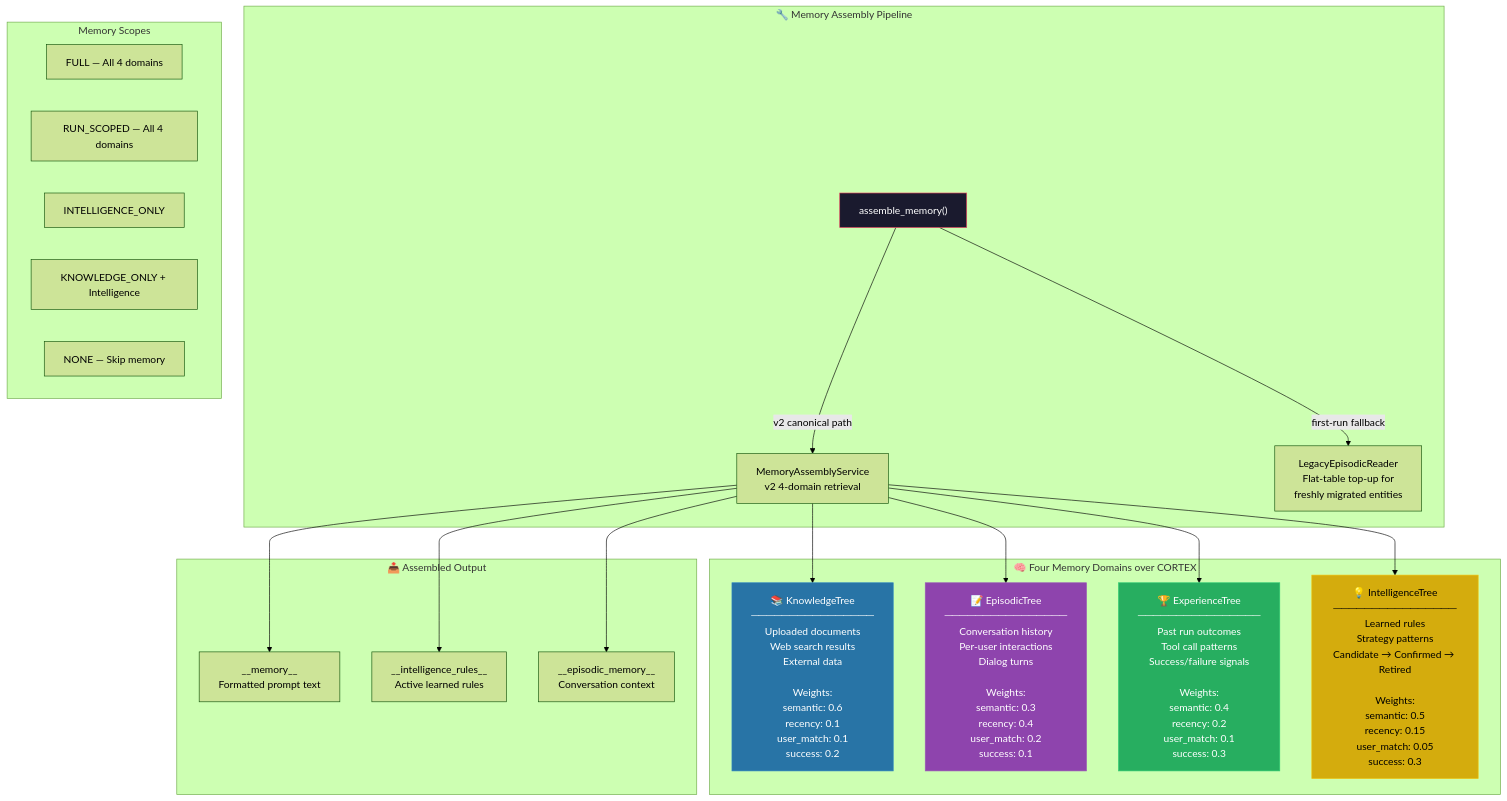
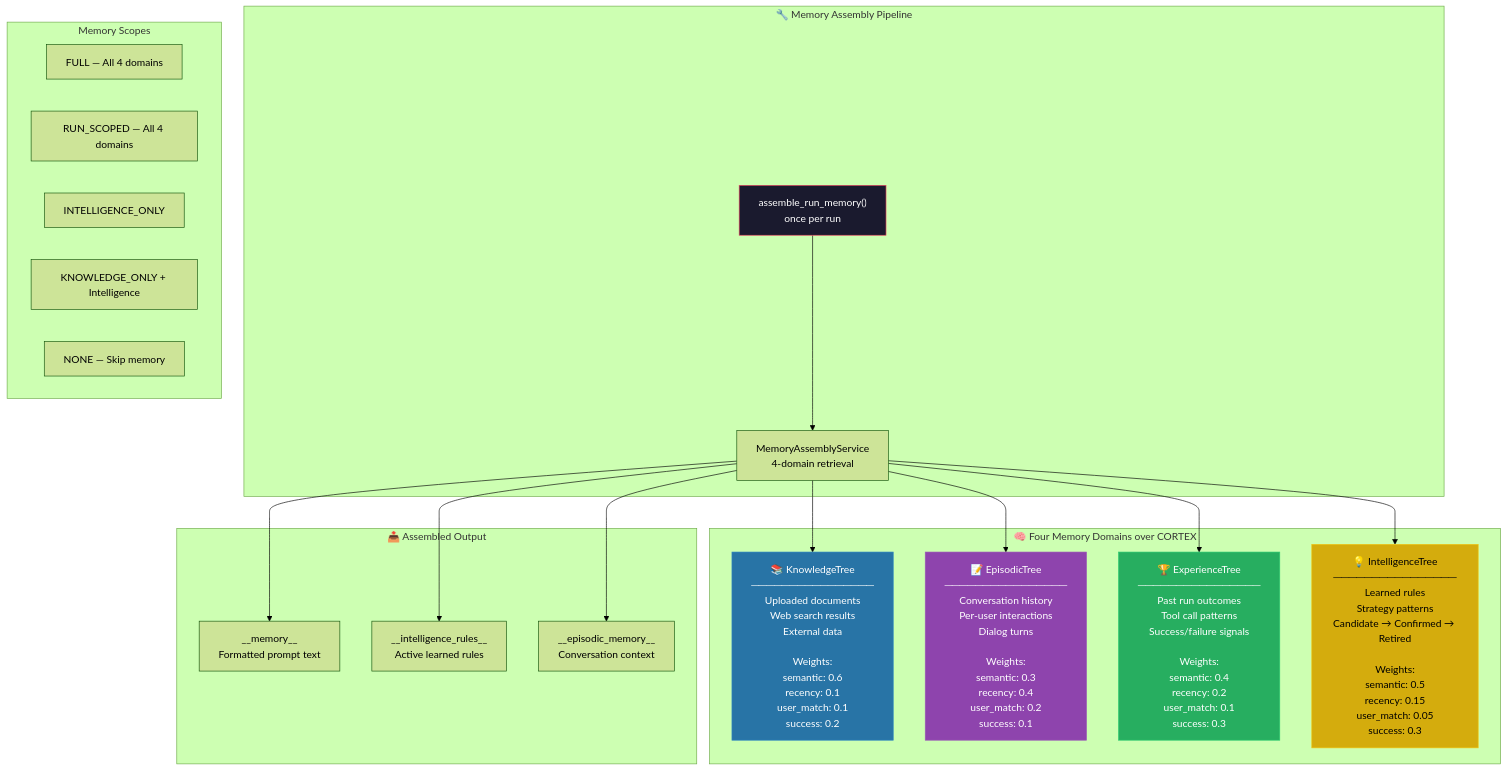
One commit to gondolerahul/hire-buddha-app changed the eighth of 21 diagrams in docs/current/architecture-diagrams.md. Above: the diagram before and after it, drawn with Mermaid (forest theme). The commit also changed 5 other files, not shown here.

First line of the commit message:
docs(memory): document the wired read path and the removal of v1 memory

````diff
--- a/docs/current/architecture-diagrams.md
+++ b/docs/current/architecture-diagrams.md
@@ -316,49 +316,47 @@
 ```mermaid
 graph TB
     subgraph MemoryDomains["🧠 Four Memory Domains over CORTEX"]
         KNOWLEDGE["📚 KnowledgeTree<br/>────────────────<br/>Uploaded documents<br/>Web search results<br/>External data<br/><br/>Weights:<br/>semantic: 0.6<br/>recency: 0.1<br/>user_match: 0.1<br/>success: 0.2"]
 
         EPISODIC["📝 EpisodicTree<br/>────────────────<br/>Conversation history<br/>Per-user interactions<br/>Dialog turns<br/><br/>Weights:<br/>semantic: 0.3<br/>recency: 0.4<br/>user_match: 0.2<br/>success: 0.1"]
 
         EXPERIENCE["🏆 ExperienceTree<br/>────────────────<br/>Past run outcomes<br/>Tool call patterns<br/>Success/failure signals<br/><br/>Weights:<br/>semantic: 0.4<br/>recency: 0.2<br/>user_match: 0.1<br/>success: 0.3"]
 
         INTELLIGENCE["💡 IntelligenceTree<br/>────────────────<br/>Learned rules<br/>Strategy patterns<br/>Candidate → Confirmed → Retired<br/><br/>Weights:<br/>semantic: 0.5<br/>recency: 0.15<br/>user_match: 0.05<br/>success: 0.3"]
     end
 
     subgraph Assembly["🔧 Memory Assembly Pipeline"]
-        ASSEMBLER["assemble_memory()"]
-        MAS["MemoryAssemblyService<br/>v2 4-domain retrieval"]
-        LEGACY["LegacyEpisodicReader<br/>Flat-table top-up for<br/>freshly migrated entities"]
+        ASSEMBLER["assemble_run_memory()<br/>once per run"]
+        MAS["MemoryAssemblyService<br/>4-domain retrieval"]
     end
 
-    ASSEMBLER -->|"v2 canonical path"| MAS
+    ASSEMBLER --> MAS
     MAS --> KNOWLEDGE
     MAS --> EPISODIC
     MAS --> EXPERIENCE
     MAS --> INTELLIGENCE
-    ASSEMBLER -->|"first-run fallback"| LEGACY
 
     subgraph Scopes["Memory Scopes"]
         FULL["FULL — All 4 domains"]
         RUN["RUN_SCOPED — All 4 domains"]
         INTEL["INTELLIGENCE_ONLY"]
         KNOW_S["KNOWLEDGE_ONLY + Intelligence"]
         NONE_S["NONE — Skip memory"]
     end
 
     subgraph Output["📤 Assembled Output"]
         MEM_PROMPT["__memory__<br/>Formatted prompt text"]
         INTEL_RULES["__intelligence_rules__<br/>Active learned rules"]
         EPIS_CTX["__episodic_memory__<br/>Conversation context"]
     end
 
     MAS --> MEM_PROMPT
     MAS --> INTEL_RULES
     MAS --> EPIS_CTX
 
     style KNOWLEDGE fill:#2874a6,stroke:#2e86c1,color:#fff
     style EPISODIC fill:#8e44ad,stroke:#9b59b6,color:#fff
     style EXPERIENCE fill:#27ae60,stroke:#2ecc71,color:#fff
     style INTELLIGENCE fill:#d4ac0d,stroke:#f1c40f,color:#000
     style ASSEMBLER fill:#1a1a2e,stroke:#e94560,color:#fff
 ```
````
